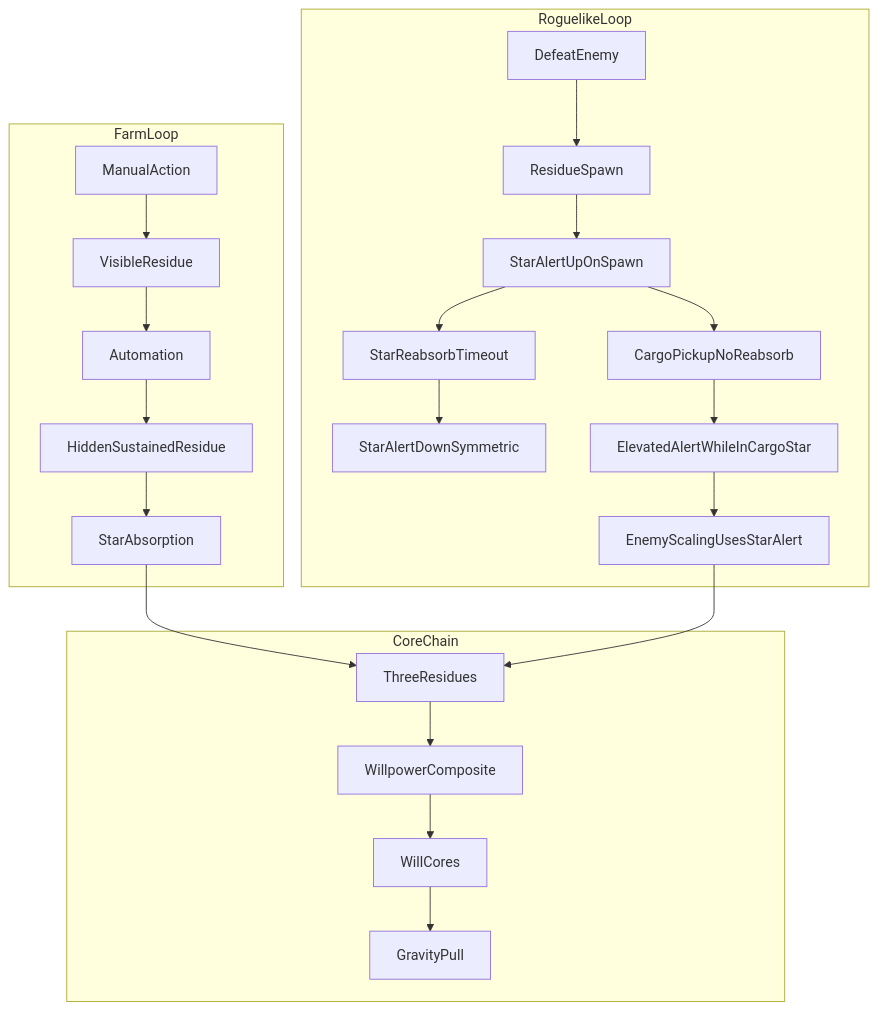
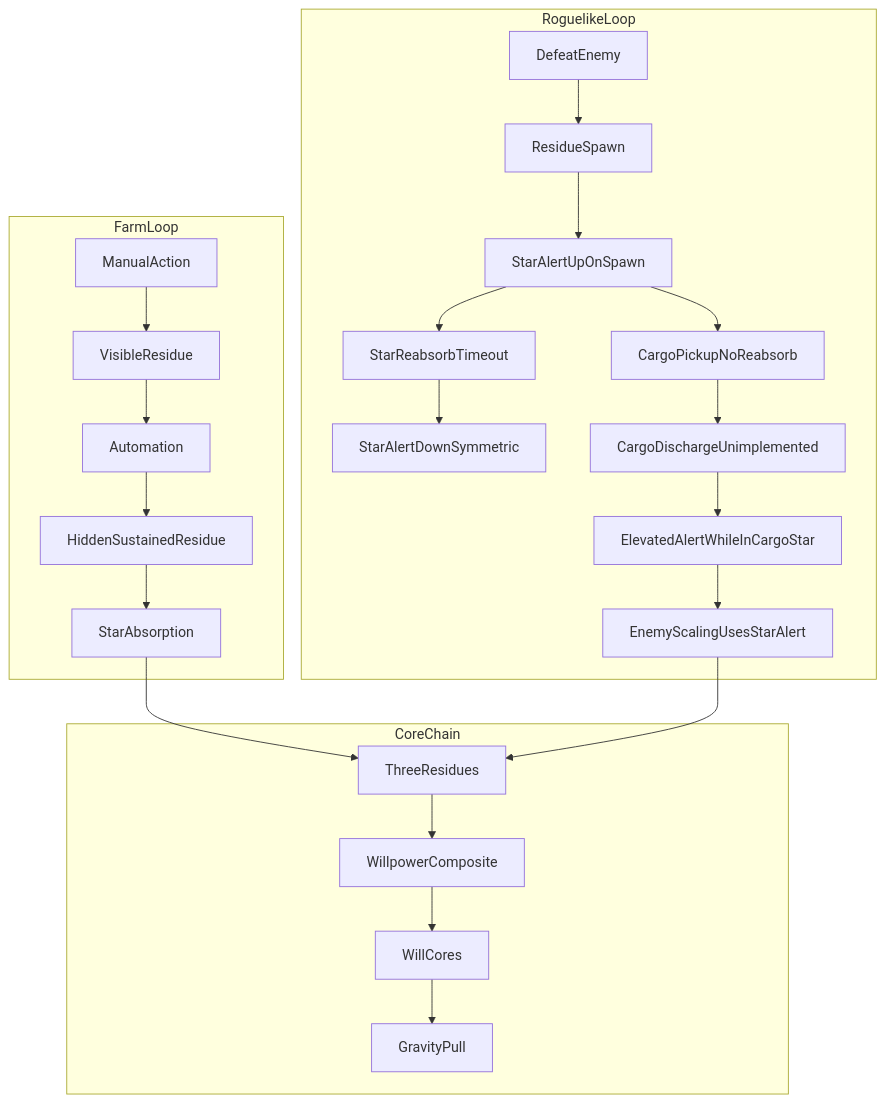
One commit to sukesukefantasy/anagaattara_hairitai changed the second of 4 diagrams in memo/documents/プロジェクト定義ドキュメント_v8.5.md. Above: the diagram before and after it, drawn with Mermaid. The commit also changed other lines of this file and 19 other files, not shown here.

````diff
--- a/memo/documents/プロジェクト定義ドキュメント_v8.5.md
+++ b/memo/documents/プロジェクト定義ドキュメント_v8.5.md
@@ -143,38 +227,39 @@
 ```mermaid
 flowchart TB
   subgraph farmLoop [FarmLoop]
     manual[ManualAction]
     visibleRes[VisibleResidue]
     auto[Automation]
     hiddenRes[HiddenSustainedResidue]
     absorb[StarAbsorption]
     manual --> visibleRes
     visibleRes --> auto
     auto --> hiddenRes
     hiddenRes --> absorb
   end
   subgraph rogueLoop [RoguelikeLoop]
     kill[DefeatEnemy]
     spawn[ResidueSpawn]
     alertUp[StarAlertUpOnSpawn]
     reabsorb[StarReabsorbTimeout]
     alertDown[StarAlertDownSymmetric]
     pickup[CargoPickupNoReabsorb]
+    discharge[CargoDischargeUnimplemented]
     elevated[ElevatedAlertWhileInCargoStar]
     stronger[EnemyScalingUsesStarAlert]
     kill --> spawn --> alertUp
     alertUp --> reabsorb --> alertDown
-    alertUp --> pickup --> elevated --> stronger
+    alertUp --> pickup --> discharge --> elevated --> stronger
   end
   subgraph coreChain [CoreChain]
     residue[ThreeResidues]
     willpower[WillpowerComposite]
     core[WillCores]
     gravity[GravityPull]
     residue --> willpower
     willpower --> core
     core --> gravity
   end
   absorb --> residue
   stronger --> residue
 ```
````
